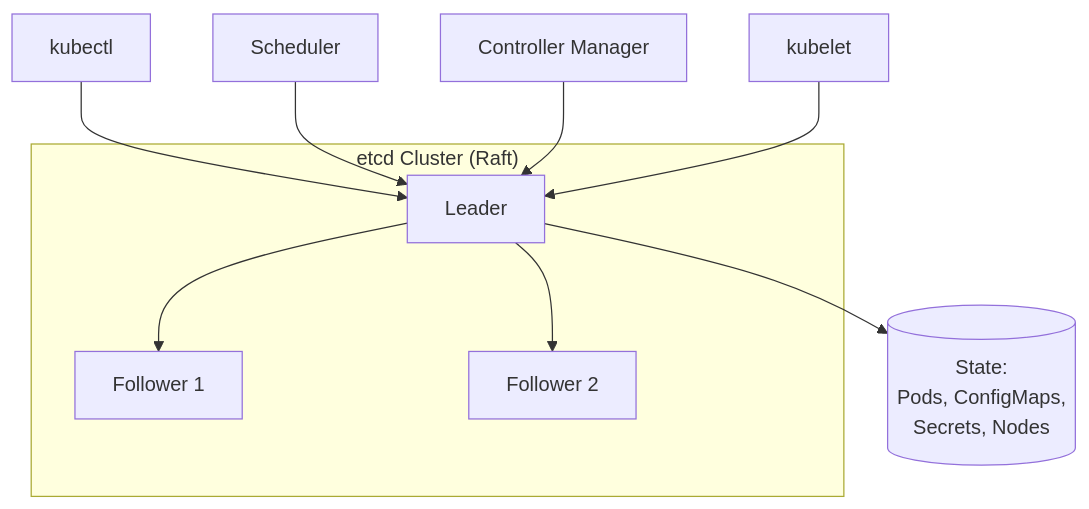
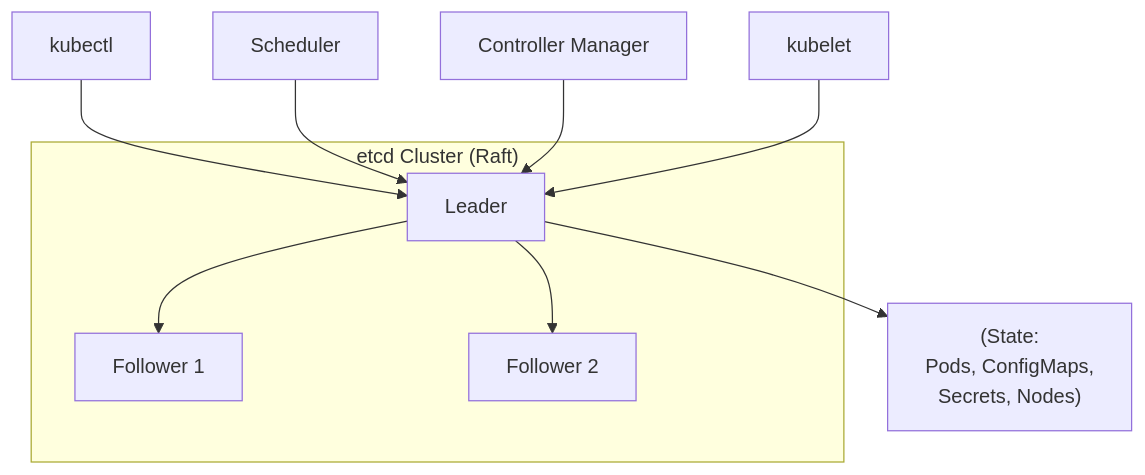
One commit to vanos001/placement_prep changed the tenth of 11 diagrams in src/distributed/consensus/raft.md. Above: the diagram before and after it, drawn with Mermaid. The commit also changed other lines of this file and 19 other files, not shown here.

First line of the commit message:
fix(mermaid,links): repair regressions after merging dev into dev2

````diff
--- a/src/distributed/consensus/raft.md
+++ b/src/distributed/consensus/raft.md
@@ -280,12 +280,12 @@
 ```mermaid
 graph TD
     subgraph "etcd Cluster (Raft)"
         L[Leader] --> F1[Follower 1]
         L --> F2[Follower 2]
     end
     K[kubectl] --> L
     KS[Scheduler] --> L
     KC[Controller Manager] --> L
     KL[kubelet] --> L
-    L --> STATE[(State:<br/>Pods, ConfigMaps,<br/>Secrets, Nodes)]
+    L --> STATE["(State:<br/>Pods, ConfigMaps,<br/>Secrets, Nodes)"]
 ```
````
